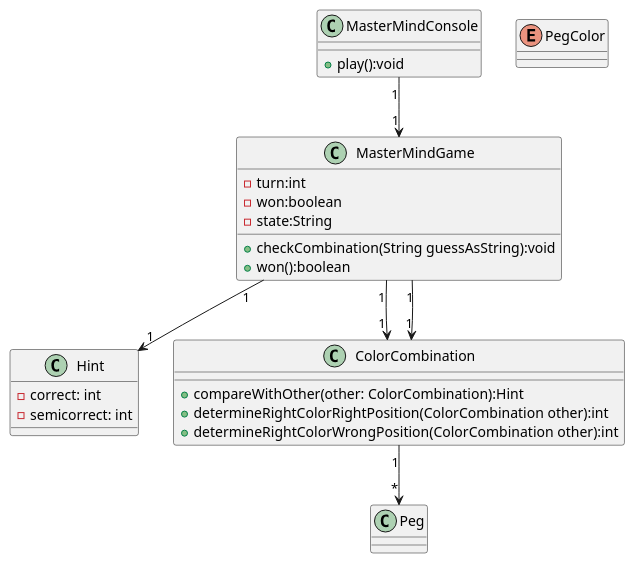
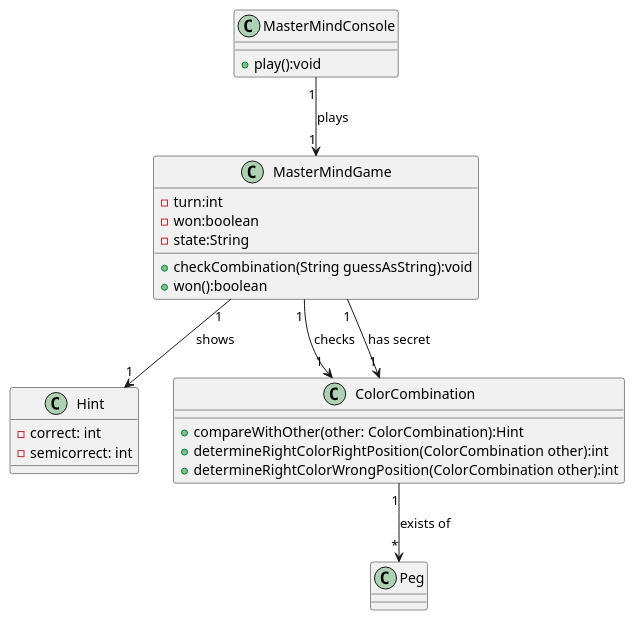
The diagram in src/main/java/uml/Mastermind.puml (MichelKoolwaaij/MasterMind), drawn with PlantUML before and after one commit.

Commit message:
Refactored class diagram

```diff
--- a/src/main/java/uml/Mastermind.puml
+++ b/src/main/java/uml/Mastermind.puml
@@ -1,40 +1,39 @@
 @startuml
 
 class MasterMindConsole
 class MasterMindGame
 class Hint
 class ColorCombination
 class Peg
-enum PegColor
 
-MasterMindConsole "1" --> "1" MasterMindGame
-MasterMindGame "1" --> "1" Hint
-MasterMindGame "1" --> "1" ColorCombination
-MasterMindGame "1" --> "1" ColorCombination
-ColorCombination "1" --> "*" Peg
+MasterMindConsole "1" --> "1" MasterMindGame : plays
+MasterMindGame "1" --> "1" Hint : shows
+MasterMindGame "1" --> "1" ColorCombination : checks
+MasterMindGame "1" --> "1" ColorCombination : has secret
+ColorCombination "1" --> "*" Peg : exists of
 
 class MasterMindConsole{
   +play():void
 }
 
 class MasterMindGame{
  -turn:int
  -won:boolean
  -state:String
  +checkCombination(String guessAsString):void
  +won():boolean
 
 }
 
 class ColorCombination{
  +compareWithOther(other: ColorCombination):Hint
  +determineRightColorRightPosition(ColorCombination other):int
  +determineRightColorWrongPosition(ColorCombination other):int
 }
 
 class Hint{
  -correct: int
  -semicorrect: int
 }
 
 @enduml
```
